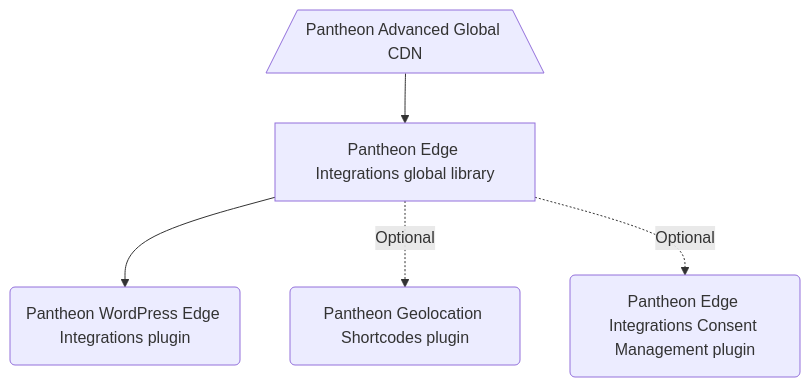
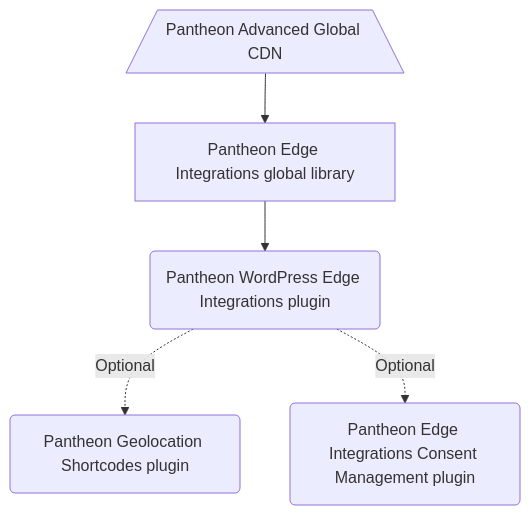
One commit to pantheon-systems/edge-integrations-wordpress-sdk changed the diagram in README.md. Above: the diagram before and after it, drawn with Mermaid.

Commit message:
update mermaid graph
both the Geolocation Shortcode plugin and the Consent Management plugin _require_ the main EI plugin to function.

````diff
--- a/README.md
+++ b/README.md
@@ -13,7 +13,7 @@
 ```mermaid
 flowchart TB
 agcdn[/Pantheon Advanced Global CDN\]-->ei[Pantheon Edge Integrations global library]
 ei-->eiplugin(Pantheon WordPress Edge Integrations plugin)
-ei-. Optional -.->geoipplugin(Pantheon Geolocation Shortcodes plugin)
-ei-. Optional -.->consent(Pantheon Edge Integrations Consent Management plugin)
+eiplugin-. Optional -.->geoipplugin(Pantheon Geolocation Shortcodes plugin)
+eiplugin-. Optional -.->consent(Pantheon Edge Integrations Consent Management plugin)
 ```
````
